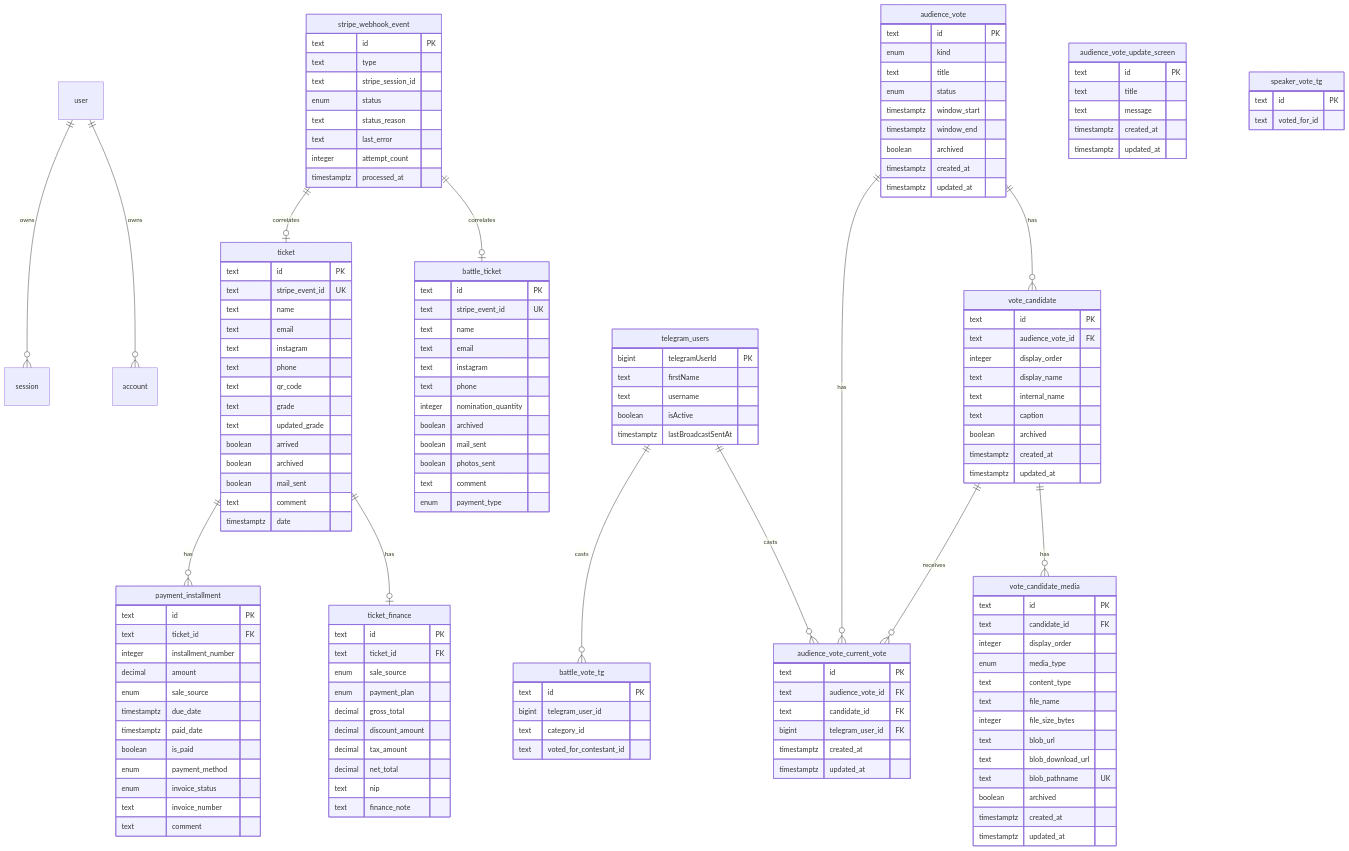
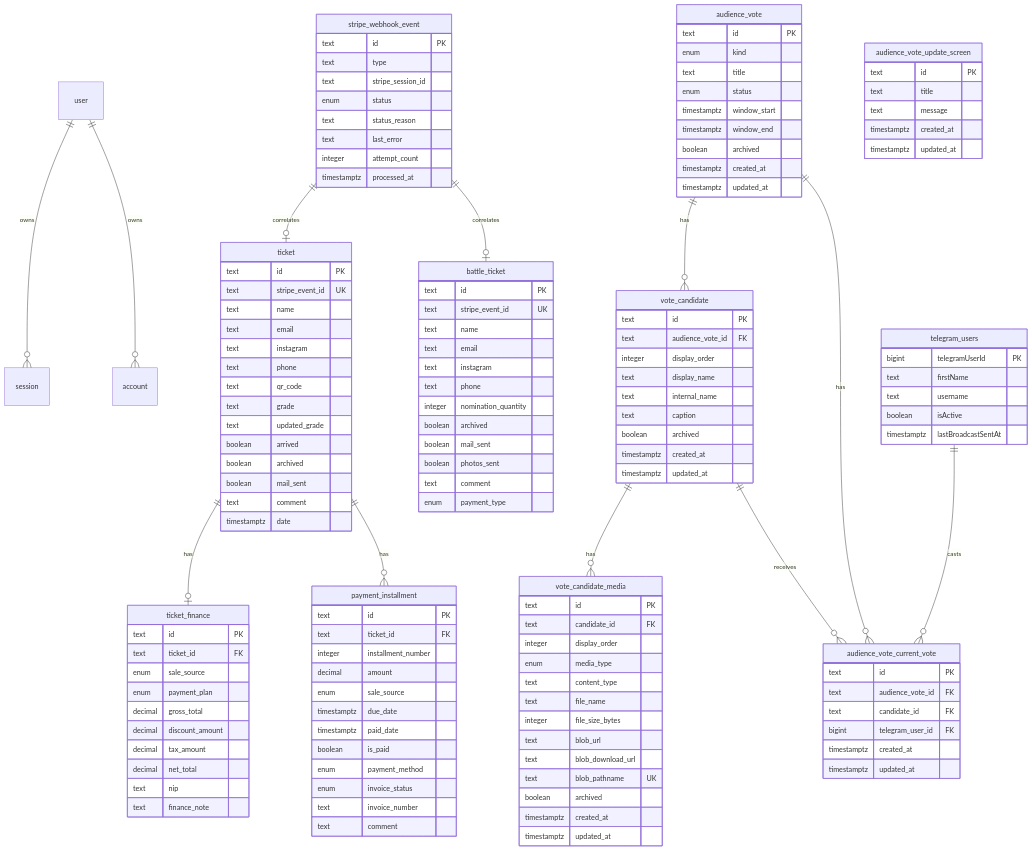
The diagram in docs/data-model.md (serhiihaniuk/nailmoment-dashboard), drawn with Mermaid before and after one commit. The commit also changed other lines of this file and 56 other files, not shown here.

````diff
--- a/docs/data-model.md
+++ b/docs/data-model.md
@@ -18,7 +18,6 @@
   stripe_webhook_event ||--o| ticket : correlates
   stripe_webhook_event ||--o| battle_ticket : correlates
 
-  telegram_users ||--o{ battle_vote_tg : casts
   telegram_users ||--o{ audience_vote_current_vote : casts
   audience_vote ||--o{ vote_candidate : has
   audience_vote ||--o{ audience_vote_current_vote : has
@@ -104,13 +103,6 @@
     timestamptz lastBroadcastSentAt
   }
 
-  battle_vote_tg {
-    text id PK
-    bigint telegram_user_id
-    text category_id
-    text voted_for_contestant_id
-  }
-
   audience_vote {
     text id PK
     enum kind
@@ -168,8 +160,4 @@
     timestamptz updated_at
   }
 
-  speaker_vote_tg {
-    text id PK
-    text voted_for_id
-  }
 ```
````
